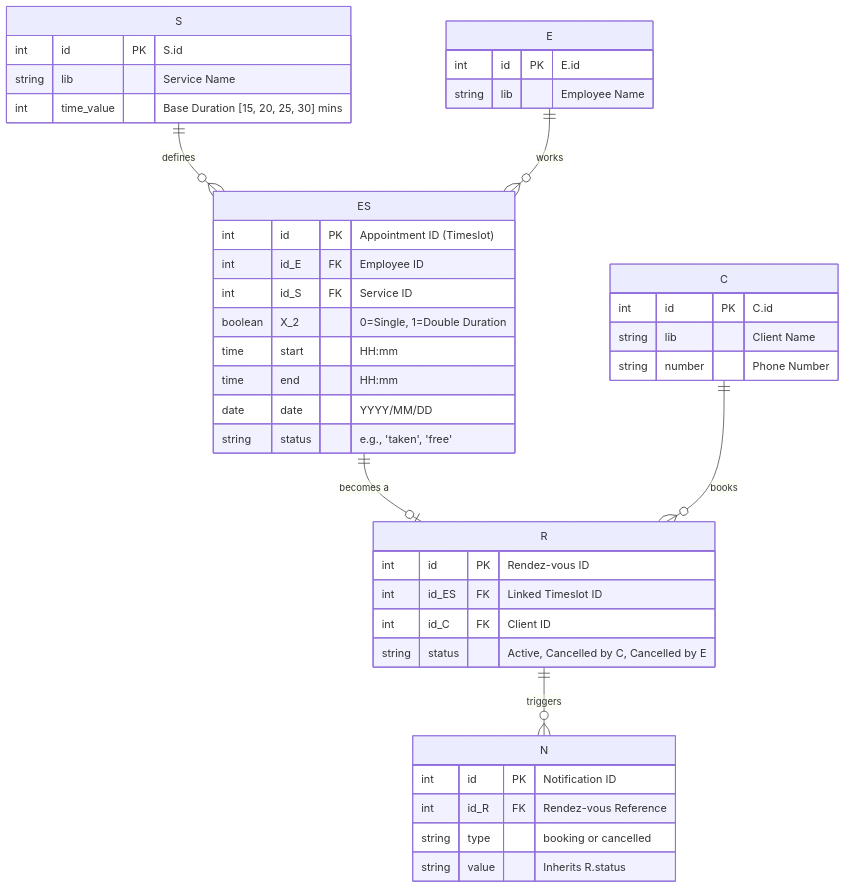
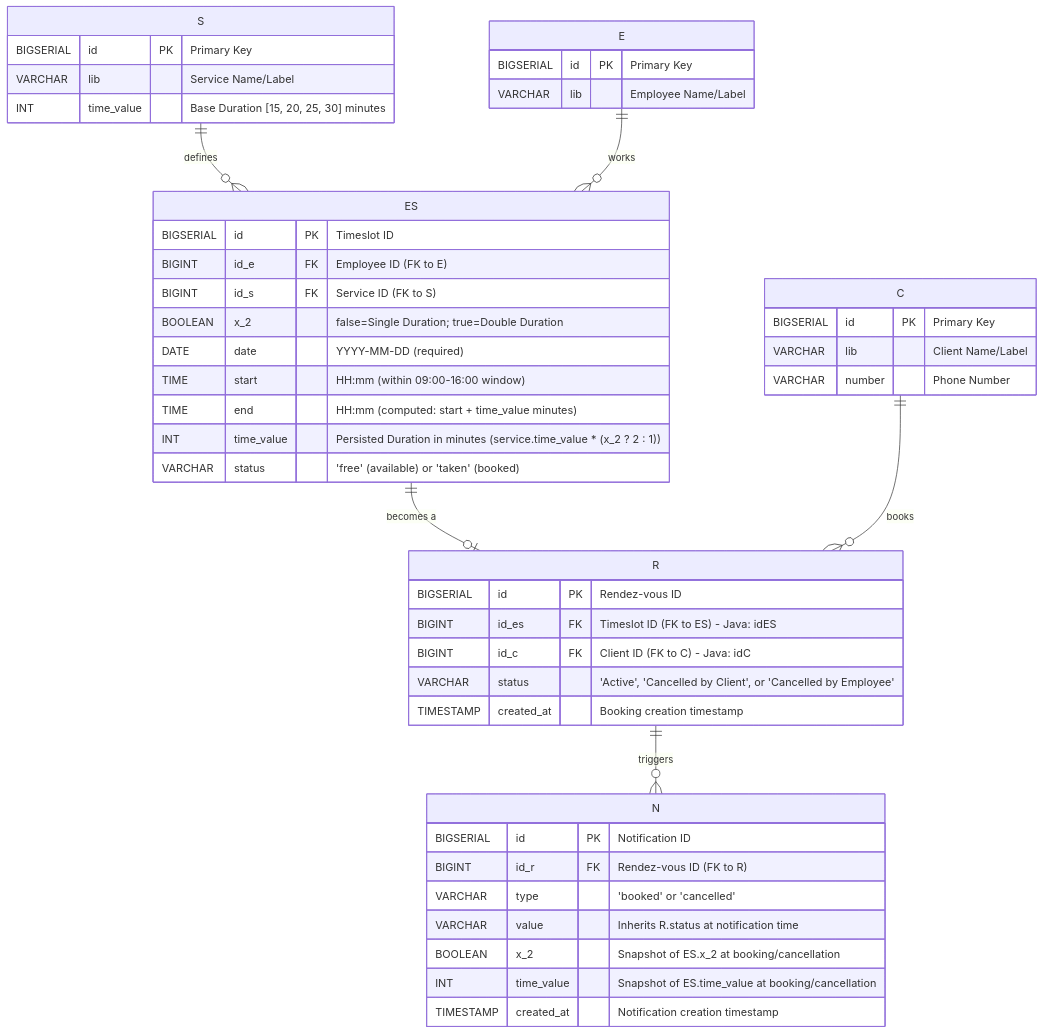
One commit to NinjaZMY/DaleelTeq-Booking-Simulation-Service- changed the diagram in datamodel.mmd. Above: the diagram before and after it, drawn with Mermaid. The commit also changed 55 other files, not shown here.

```diff
--- a/datamodel.mmd
+++ b/datamodel.mmd
@@ -1,48 +1,58 @@
 erDiagram
+    %% Service defines available appointment types
     S ||--o{ ES : "defines"
+    %% Employee provides services via timeslots
     E ||--o{ ES : "works"
+    %% ES (timeslot) becomes a Rendez-vous when booked
     ES ||--o| R : "becomes a"
+    %% Client books Rendez-vous
     C ||--o{ R : "books"
+    %% Rendez-vous triggers Notifications
     R ||--o{ N : "triggers"
 
     S {
-        int id PK "S.id"
-        string lib "Service Name"
-        int time_value "Base Duration [15, 20, 25, 30] mins"
+        BIGSERIAL id PK "Primary Key"
+        VARCHAR lib "Service Name/Label"
+        INT time_value "Base Duration [15, 20, 25, 30] minutes"
     }
 
     E {
-        int id PK "E.id"
-        string lib "Employee Name"
+        BIGSERIAL id PK "Primary Key"
+        VARCHAR lib "Employee Name/Label"
     }
 
     C {
-        int id PK "C.id"
-        string lib "Client Name"
-        string number "Phone Number"
+        BIGSERIAL id PK "Primary Key"
+        VARCHAR lib "Client Name/Label"
+        VARCHAR number "Phone Number"
     }
 
     ES {
-        int id PK "Appointment ID (Timeslot)"
-        int id_E FK "Employee ID"
-        int id_S FK "Service ID"
-        boolean X_2 "0=Single, 1=Double Duration"
-        time start "HH:mm"
-        time end "HH:mm"
-        date date "YYYY/MM/DD"
-        string status "e.g., 'taken', 'free'"
+        BIGSERIAL id PK "Timeslot ID"
+        BIGINT id_e FK "Employee ID (FK to E)"
+        BIGINT id_s FK "Service ID (FK to S)"
+        BOOLEAN x_2 "false=Single Duration; true=Double Duration"
+        DATE date "YYYY-MM-DD (required)"
+        TIME start "HH:mm (within 09:00-16:00 window)"
+        TIME end "HH:mm (computed: start + time_value minutes)"
+        INT time_value "Persisted Duration in minutes (service.time_value * (x_2 ? 2 : 1))"
+        VARCHAR status "'free' (available) or 'taken' (booked)"
     }
 
     R {
-        int id PK "Rendez-vous ID"
-        int id_ES FK "Linked Timeslot ID"
-        int id_C FK "Client ID"
-        string status "Active, Cancelled by C, Cancelled by E"
+        BIGSERIAL id PK "Rendez-vous ID"
+        BIGINT id_es FK "Timeslot ID (FK to ES) - Java: idES"
+        BIGINT id_c FK "Client ID (FK to C) - Java: idC"
+        VARCHAR status "'Active', 'Cancelled by Client', or 'Cancelled by Employee'"
+        TIMESTAMP created_at "Booking creation timestamp"
     }
 
     N {
-        int id PK "Notification ID"
-        int id_R FK "Rendez-vous Reference"
-        string type "booking or cancelled"
-        string value "Inherits R.status"
+        BIGSERIAL id PK "Notification ID"
+        BIGINT id_r FK "Rendez-vous ID (FK to R)"
+        VARCHAR type "'booked' or 'cancelled'"
+        VARCHAR value "Inherits R.status at notification time"
+        BOOLEAN x_2 "Snapshot of ES.x_2 at booking/cancellation"
+        INT time_value "Snapshot of ES.time_value at booking/cancellation"
+        TIMESTAMP created_at "Notification creation timestamp"
     }
```
